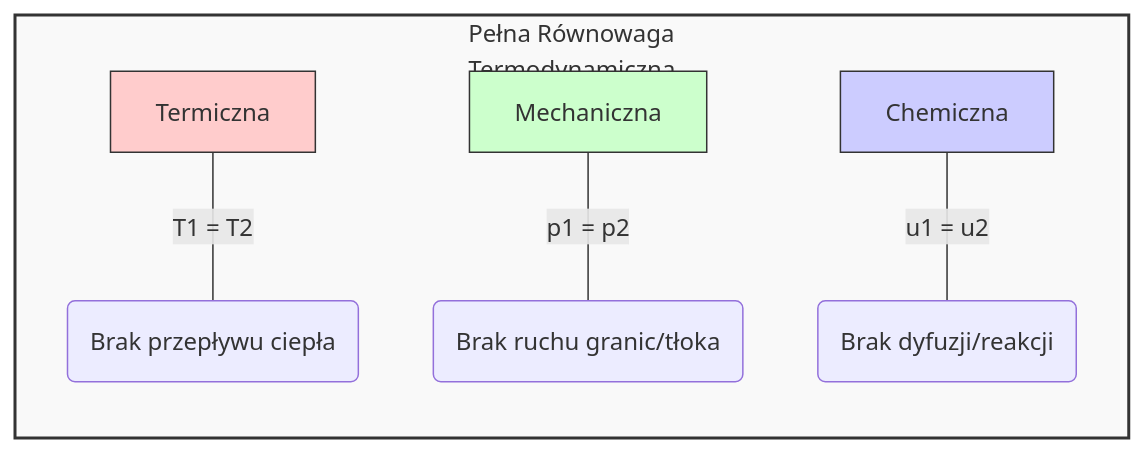
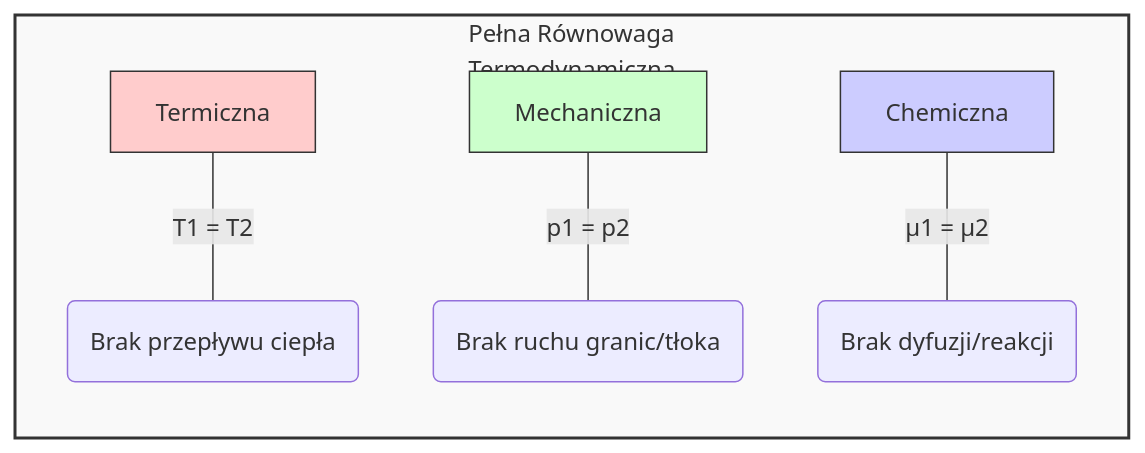
The diagram in Wyklady/01_Wprowadzenie.qmd (moondec/Termodynamika), drawn with Mermaid before and after one commit. The commit also changed other lines of this file and 80 other files, not shown here.

````diff
--- a/Wyklady/01_Wprowadzenie.qmd
+++ b/Wyklady/01_Wprowadzenie.qmd
@@ -448,18 +456,18 @@
 ```{mermaid}
 %%| fig-align: center
 %%| fig-width: 8
 %%| fig-height: 3
 flowchart LR
     subgraph Rownowaga [Pełna Równowaga<br>Termodynamiczna]
         direction TB
         
         T[Termiczna] ---|T1 = T2| A(Brak przepływu ciepła)
         M[Mechaniczna] ---|p1 = p2| B(Brak ruchu granic/tłoka)
-        C[Chemiczna] ---|u1 = u2| D(Brak dyfuzji/reakcji)
+        C[Chemiczna] ---|μ1 = μ2| D(Brak dyfuzji/reakcji)
     end
     
     style Rownowaga fill:#f9f9f9,stroke:#333,stroke-width:2px
     style T fill:#ffcccc,stroke:#333
     style M fill:#ccffcc,stroke:#333
     style C fill:#ccccff,stroke:#333
 ```
````
